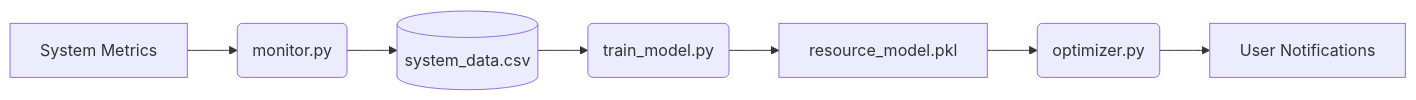
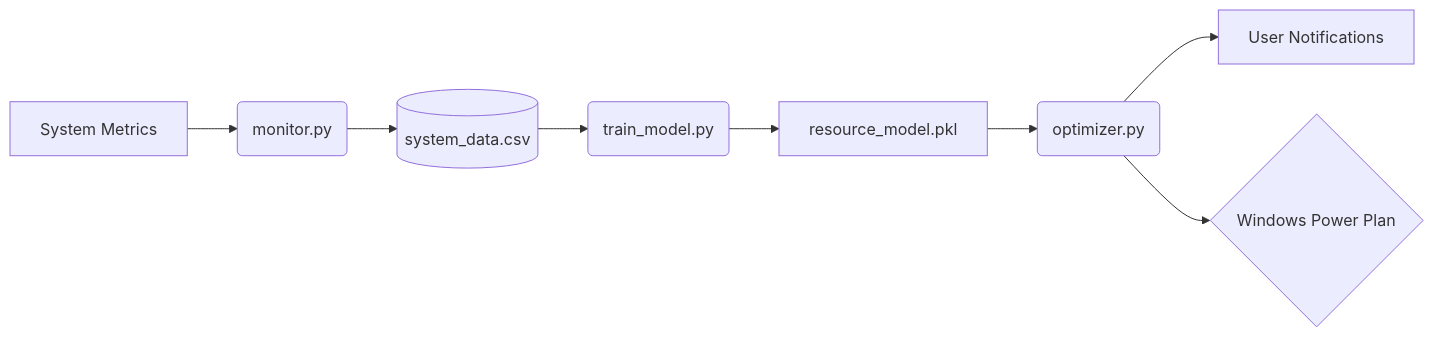
One commit to aabbiisshhaa/GreenResourceOptimizer changed the diagram in README.md. Above: the diagram before and after it, drawn with Mermaid. The commit also changed other lines of this file and 1 other file, not shown here.

Commit message:
feat: Implement autonomous power plan switching using powercfg

````diff
--- a/README.md
+++ b/README.md
@@ -34,9 +50,10 @@
 ```mermaid
 graph LR
     A[System Metrics] --> B(monitor.py)
     B --> C[(system_data.csv)]
     C --> D(train_model.py)
     D --> E[resource_model.pkl]
     E --> F(optimizer.py)
     F --> G[User Notifications]
+    F --> H{Windows Power Plan}
 ```
````
